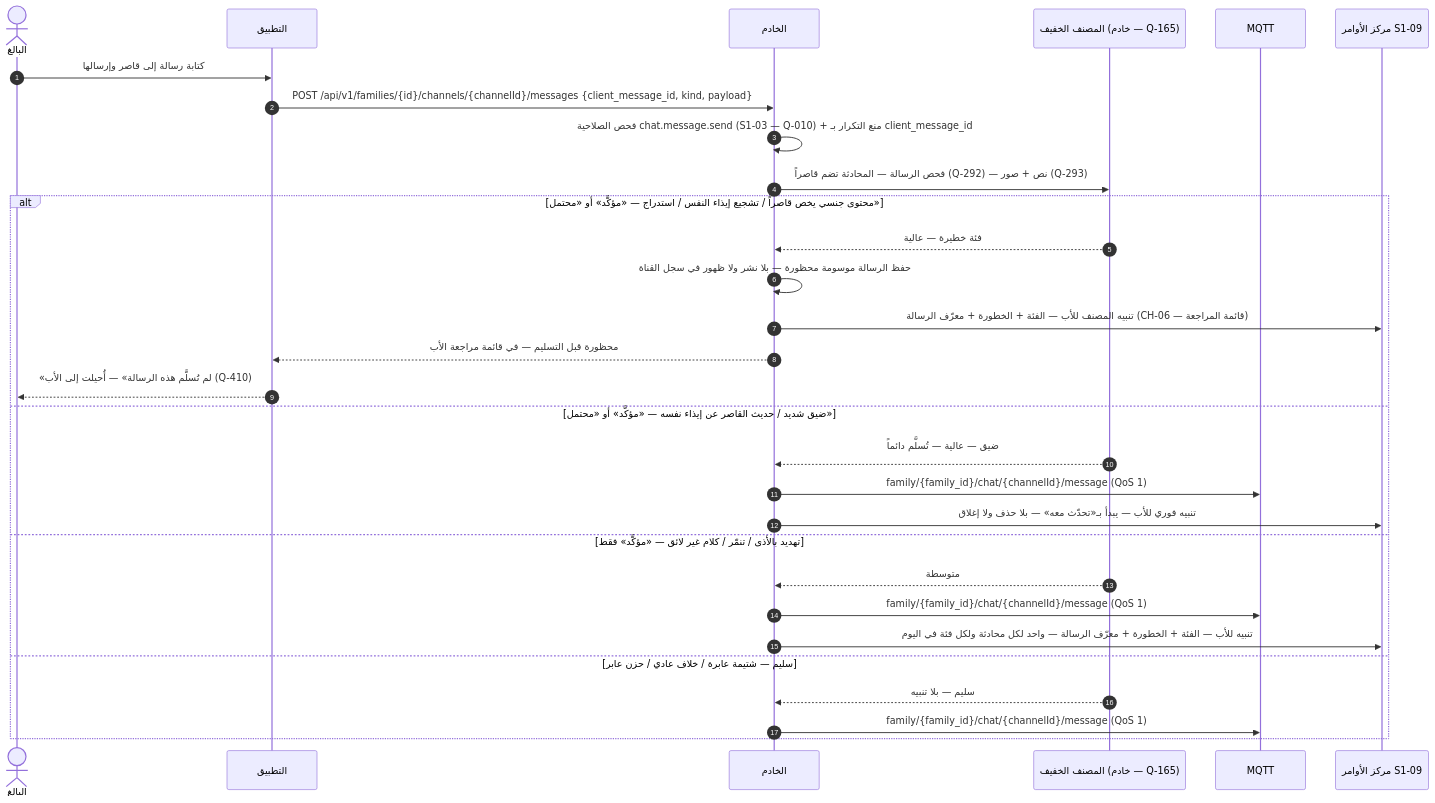
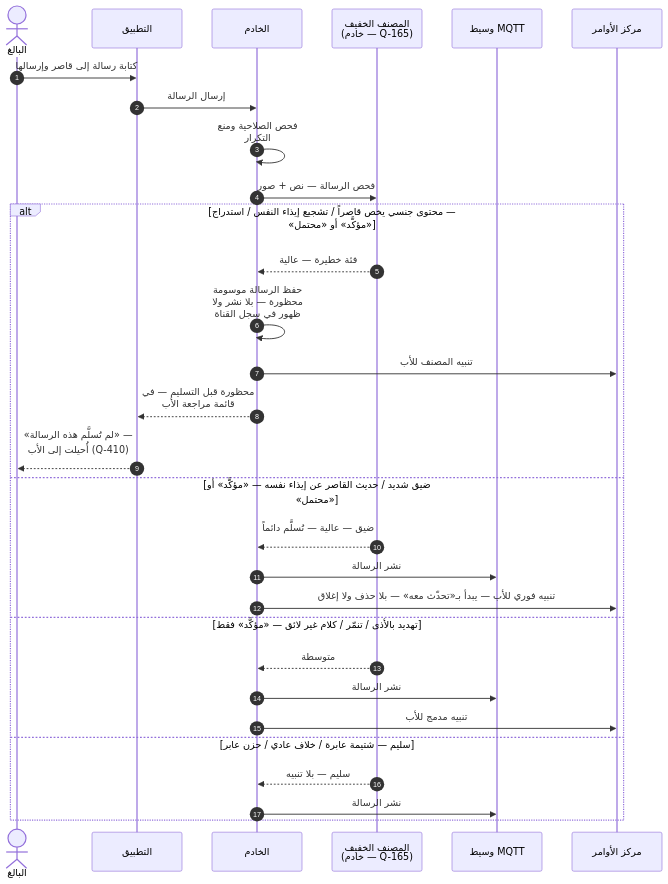
One commit to Bassam-mohammed-alqaeadi/family-os-v2 changed diagram 13 of 27 in docs/family-os/governance/phases/phase-1/S1-08-chat-basic/DIAGRAMS.md. Above: the diagram before and after it, drawn with Mermaid. The commit also changed other lines of this file, not shown here.

````diff
--- a/docs/family-os/governance/phases/phase-1/S1-08-chat-basic/DIAGRAMS.md
+++ b/docs/family-os/governance/phases/phase-1/S1-08-chat-basic/DIAGRAMS.md
@@ -414,32 +542,33 @@
 ```mermaid
+%%{init: {"sequence": {"wrap": true}}}%%
 sequenceDiagram
     autonumber
     actor Adult as البالغ
     participant App as التطبيق
     participant Ktor as الخادم
     participant Classifier as المصنف الخفيف (خادم — Q-165)
-    participant MQTT as MQTT
-    participant S109 as مركز الأوامر S1-09
+    participant MQTT as وسيط MQTT
+    participant S109 as مركز الأوامر
     Adult->>App: كتابة رسالة إلى قاصر وإرسالها
-    App->>Ktor: POST /api/v1/families/{id}/channels/{channelId}/messages {client_message_id, kind, payload}
-    Ktor->>Ktor: فحص الصلاحية chat.message.send (S1-03 — Q-010) + منع التكرار بـ client_message_id
-    Ktor->>Classifier: فحص الرسالة — المحادثة تضم قاصراً (Q-292) — نص + صور (Q-293)
+    App->>Ktor: إرسال الرسالة
+    Ktor->>Ktor: فحص الصلاحية ومنع التكرار
+    Ktor->>Classifier: فحص الرسالة — نص + صور
     alt محتوى جنسي يخص قاصراً / تشجيع إيذاء النفس / استدراج — «مؤكَّد» أو «محتمل»
         Classifier-->>Ktor: فئة خطيرة — عالية
         Ktor->>Ktor: حفظ الرسالة موسومة محظورة — بلا نشر ولا ظهور في سجل القناة
-        Ktor->>S109: تنبيه المصنف للأب — الفئة + الخطورة + معرّف الرسالة (CH-06 — قائمة المراجعة)
+        Ktor->>S109: تنبيه المصنف للأب
         Ktor-->>App: محظورة قبل التسليم — في قائمة مراجعة الأب
         App-->>Adult: «لم تُسلَّم هذه الرسالة» — أُحيلت إلى الأب (Q-410)
     else ضيق شديد / حديث القاصر عن إيذاء نفسه — «مؤكَّد» أو «محتمل»
         Classifier-->>Ktor: ضيق — عالية — تُسلَّم دائماً
-        Ktor->>MQTT: family/{family_id}/chat/{channelId}/message (QoS 1)
+        Ktor->>MQTT: نشر الرسالة
         Ktor->>S109: تنبيه فوري للأب — يبدأ بـ«تحدّث معه» — بلا حذف ولا إغلاق
     else تهديد بالأذى / تنمّر / كلام غير لائق — «مؤكَّد» فقط
         Classifier-->>Ktor: متوسطة
-        Ktor->>MQTT: family/{family_id}/chat/{channelId}/message (QoS 1)
-        Ktor->>S109: تنبيه للأب — الفئة + الخطورة + معرّف الرسالة — واحد لكل محادثة ولكل فئة في اليوم
+        Ktor->>MQTT: نشر الرسالة
+        Ktor->>S109: تنبيه مدمج للأب
     else سليم — شتيمة عابرة / خلاف عادي / حزن عابر
         Classifier-->>Ktor: سليم — بلا تنبيه
-        Ktor->>MQTT: family/{family_id}/chat/{channelId}/message (QoS 1)
+        Ktor->>MQTT: نشر الرسالة
     end
 ```
````
